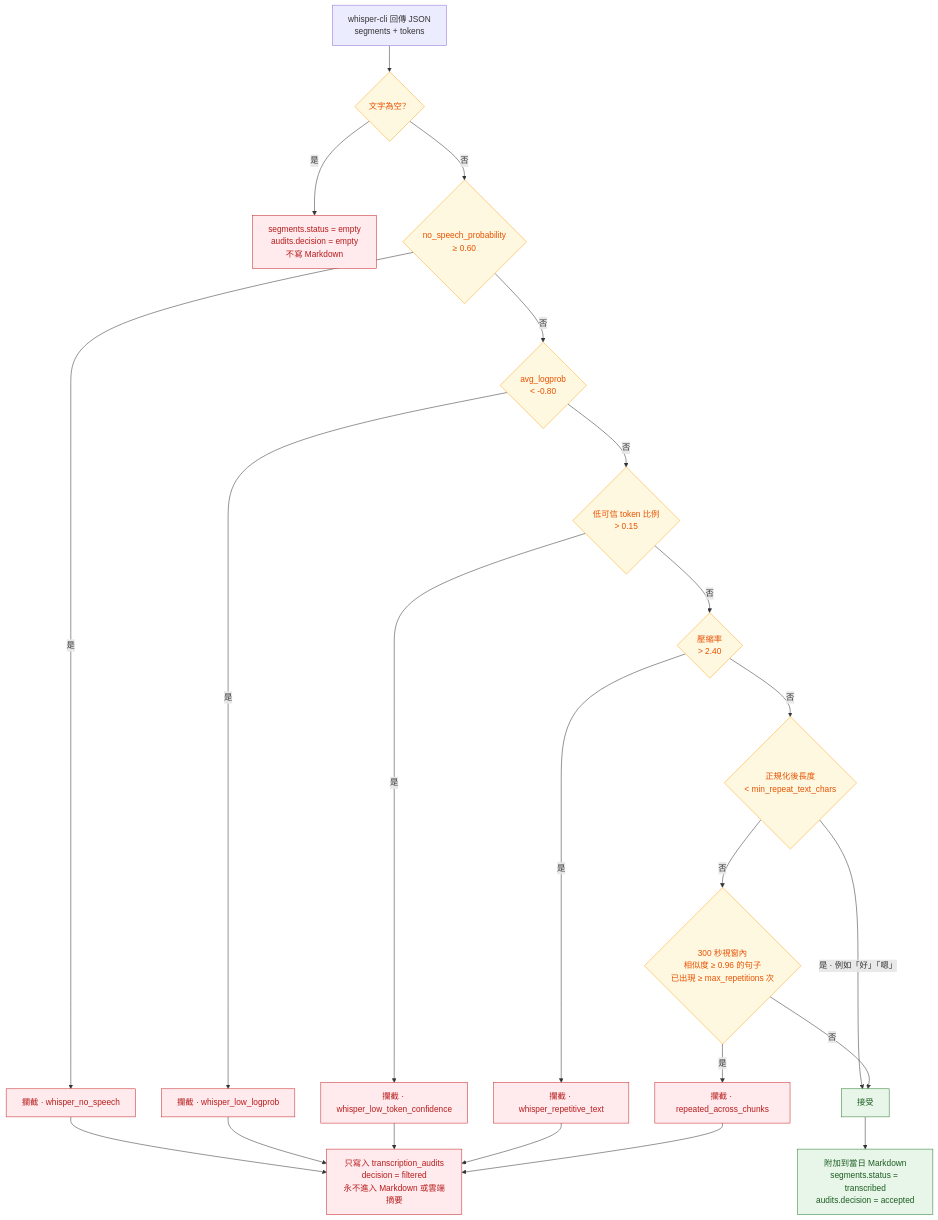
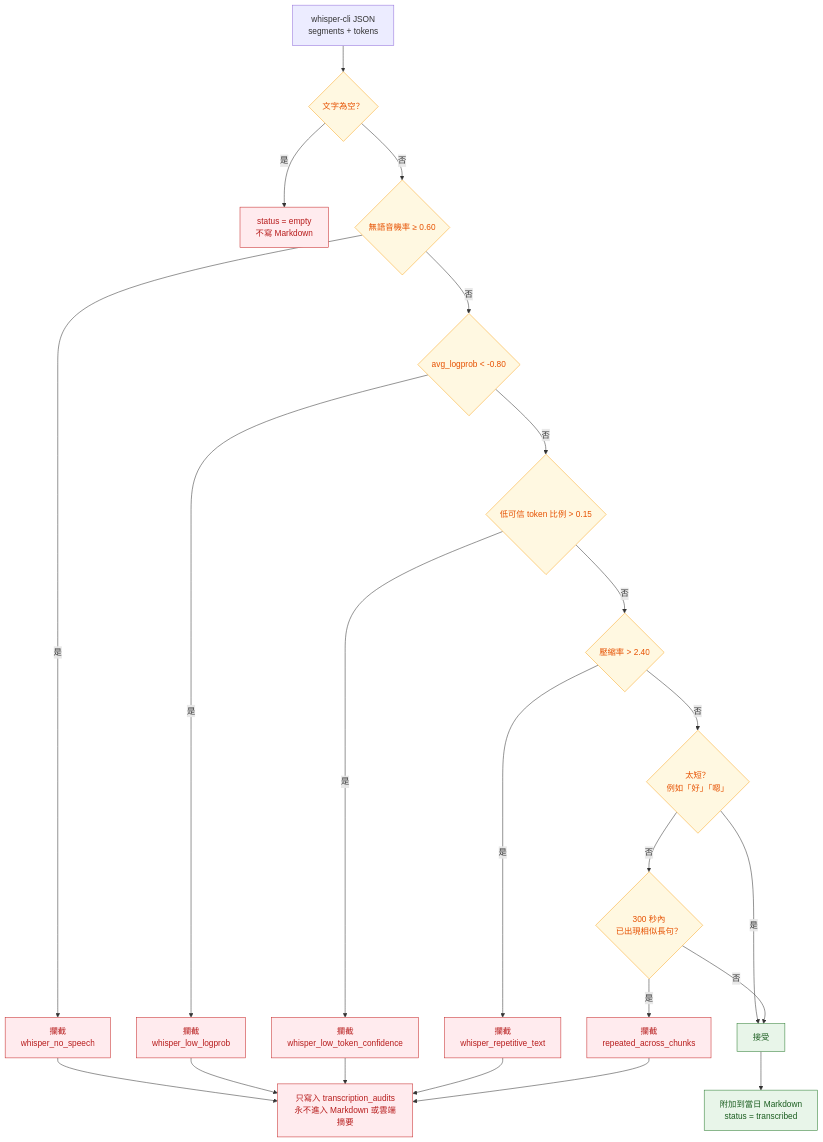
The fourth of 11 diagrams in docs/architecture.md (pcpcchen-coder/FamilyRecorder), drawn with Mermaid before and after one commit. The commit also changed other lines of this file and 25 other files, not shown here.

````diff
--- a/docs/architecture.md
+++ b/docs/architecture.md
@@ -242,28 +244,28 @@
 ```mermaid
 flowchart TB
-    IN["whisper-cli 回傳 JSON<br/>segments + tokens"] --> EMPTY{"文字為空？"}
-    EMPTY -->|"是"| ST_EMPTY["segments.status = empty<br/>audits.decision = empty<br/>不寫 Markdown"]
-    EMPTY -->|"否"| NS{"no_speech_probability<br/>≥ 0.60"}
-    NS -->|"是"| F1["攔截 · whisper_no_speech"]
-    NS -->|"否"| LP{"avg_logprob<br/>&lt; -0.80"}
-    LP -->|"是"| F2["攔截 · whisper_low_logprob"]
-    LP -->|"否"| TOK{"低可信 token 比例<br/>&gt; 0.15"}
-    TOK -->|"是"| F3["攔截 · whisper_low_token_confidence"]
-    TOK -->|"否"| CR{"壓縮率<br/>&gt; 2.40"}
-    CR -->|"是"| F4["攔截 · whisper_repetitive_text"]
-    CR -->|"否"| SHORT{"正規化後長度<br/>&lt; min_repeat_text_chars"}
-    SHORT -->|"是 · 例如「好」「嗯」"| OK["接受"]
-    SHORT -->|"否"| REP{"300 秒視窗內<br/>相似度 ≥ 0.96 的句子<br/>已出現 ≥ max_repetitions 次"}
-    REP -->|"是"| F5["攔截 · repeated_across_chunks"]
+    IN["whisper-cli JSON<br/>segments + tokens"] --> EMPTY{"文字為空？"}
+    EMPTY -->|"是"| ST_EMPTY["status = empty<br/>不寫 Markdown"]
+    EMPTY -->|"否"| NS{"無語音機率 ≥ 0.60"}
+    NS -->|"是"| F1["攔截<br/>whisper_no_speech"]
+    NS -->|"否"| LP{"avg_logprob &lt; -0.80"}
+    LP -->|"是"| F2["攔截<br/>whisper_low_logprob"]
+    LP -->|"否"| TOK{"低可信 token 比例 &gt; 0.15"}
+    TOK -->|"是"| F3["攔截<br/>whisper_low_token_confidence"]
+    TOK -->|"否"| CR{"壓縮率 &gt; 2.40"}
+    CR -->|"是"| F4["攔截<br/>whisper_repetitive_text"]
+    CR -->|"否"| SHORT{"太短？<br/>例如「好」「嗯」"}
+    SHORT -->|"是"| OK["接受"]
+    SHORT -->|"否"| REP{"300 秒內<br/>已出現相似長句？"}
+    REP -->|"是"| F5["攔截<br/>repeated_across_chunks"]
     REP -->|"否"| OK
 
-    OK --> WRITE["附加到當日 Markdown<br/>segments.status = transcribed<br/>audits.decision = accepted"]
-    F1 & F2 & F3 & F4 & F5 --> AUD["只寫入 transcription_audits<br/>decision = filtered<br/>永不進入 Markdown 或雲端摘要"]
+    OK --> WRITE["附加到當日 Markdown<br/>status = transcribed"]
+    F1 & F2 & F3 & F4 & F5 --> AUD["只寫入 transcription_audits<br/>永不進入 Markdown 或雲端摘要"]
 
     classDef keep fill:#e8f5e9,stroke:#2e7d32,color:#1b5e20
     classDef drop fill:#ffebee,stroke:#c62828,color:#b71c1c
     classDef q fill:#fff8e1,stroke:#f9a825,color:#e65100
     class OK,WRITE keep
     class F1,F2,F3,F4,F5,AUD,ST_EMPTY drop
     class EMPTY,NS,LP,TOK,CR,SHORT,REP q
 ```
````
